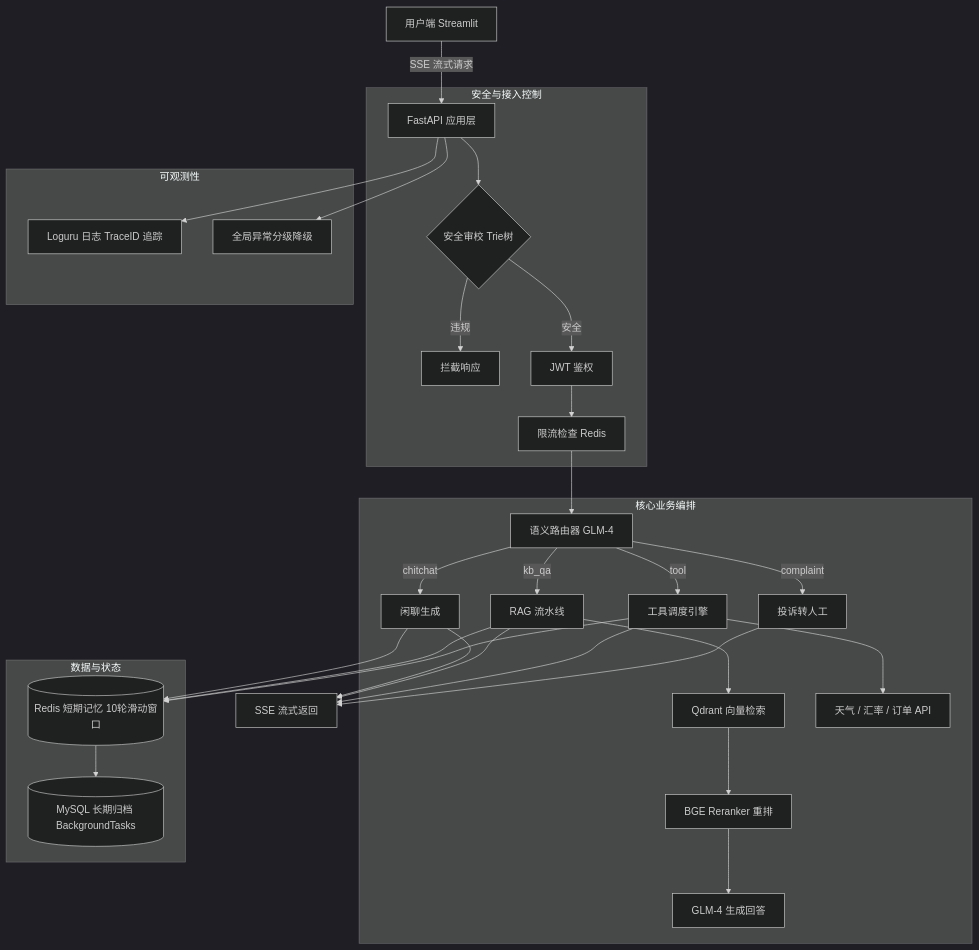
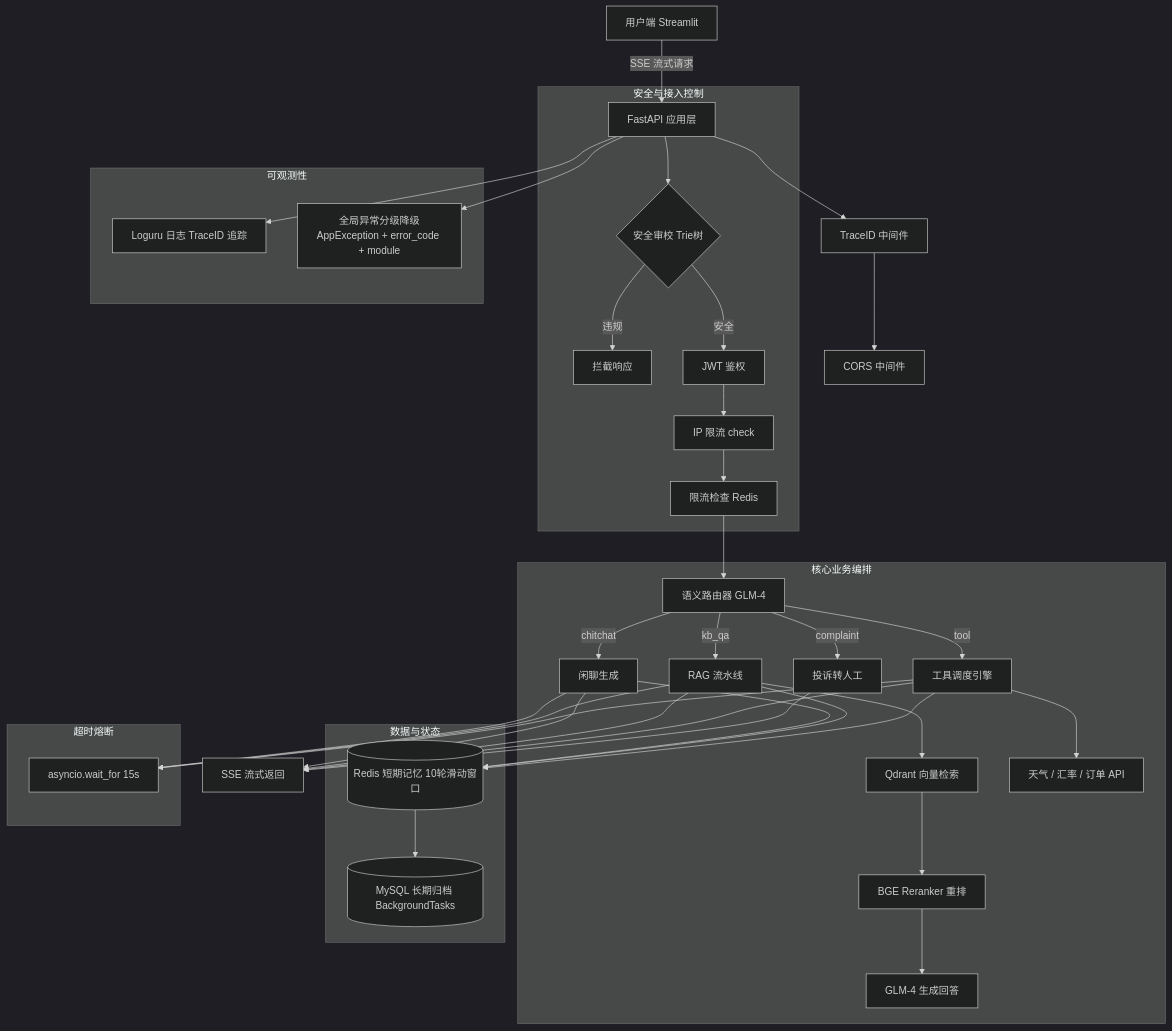
Before and after one commit to z2123668062/AI-Customer-Service: the diagram in README.md, drawn with Mermaid (dark theme). The commit also changed other lines of this file, not shown here.

````diff
--- a/README.md
+++ b/README.md
@@ -129,42 +144,51 @@
 ```mermaid
 flowchart TD
     A[用户端 Streamlit] -->|SSE 流式请求| B[FastAPI 应用层]
+    B --> M1[TraceID 中间件]
+    M1 --> M2[CORS 中间件]
 
     subgraph 安全与接入控制
         B --> C{安全审校 Trie树}
         C --违规--> Z[拦截响应]
         C --安全--> D[JWT 鉴权]
-        D --> E[限流检查 Redis]
+        D --> R[IP 限流 check]
+        R --> E[限流检查 Redis]
     end
 
     subgraph 核心业务编排
         E --> F[语义路由器 GLM-4]
         F -->|chitchat| G[闲聊生成]
         F -->|kb_qa| H[RAG 流水线]
         F -->|tool| I[工具调度引擎]
         F -->|complaint| J[投诉转人工]
 
         H --> H1[Qdrant 向量检索]
         H1 --> H2[BGE Reranker 重排]
         H2 --> H3[GLM-4 生成回答]
 
         I --> I1[天气 / 汇率 / 订单 API]
     end
 
     subgraph 数据与状态
         G --> K[(Redis 短期记忆 10轮滑动窗口)]
         H --> K
         I --> K
         K --> L[(MySQL 长期归档 BackgroundTasks)]
     end
 
     subgraph 可观测性
         B --> M[Loguru 日志 TraceID 追踪]
-        B --> N[全局异常分级降级]
+        B --> N[全局异常分级降级<br/>AppException + error_code + module]
+    end
+
+    subgraph 超时熔断
+        G --> T[asyncio.wait_for 15s]
+        H --> T
+        I --> T
     end
 
     G --> O[SSE 流式返回]
     H --> O
     I --> O
     J --> O
 ```
````
